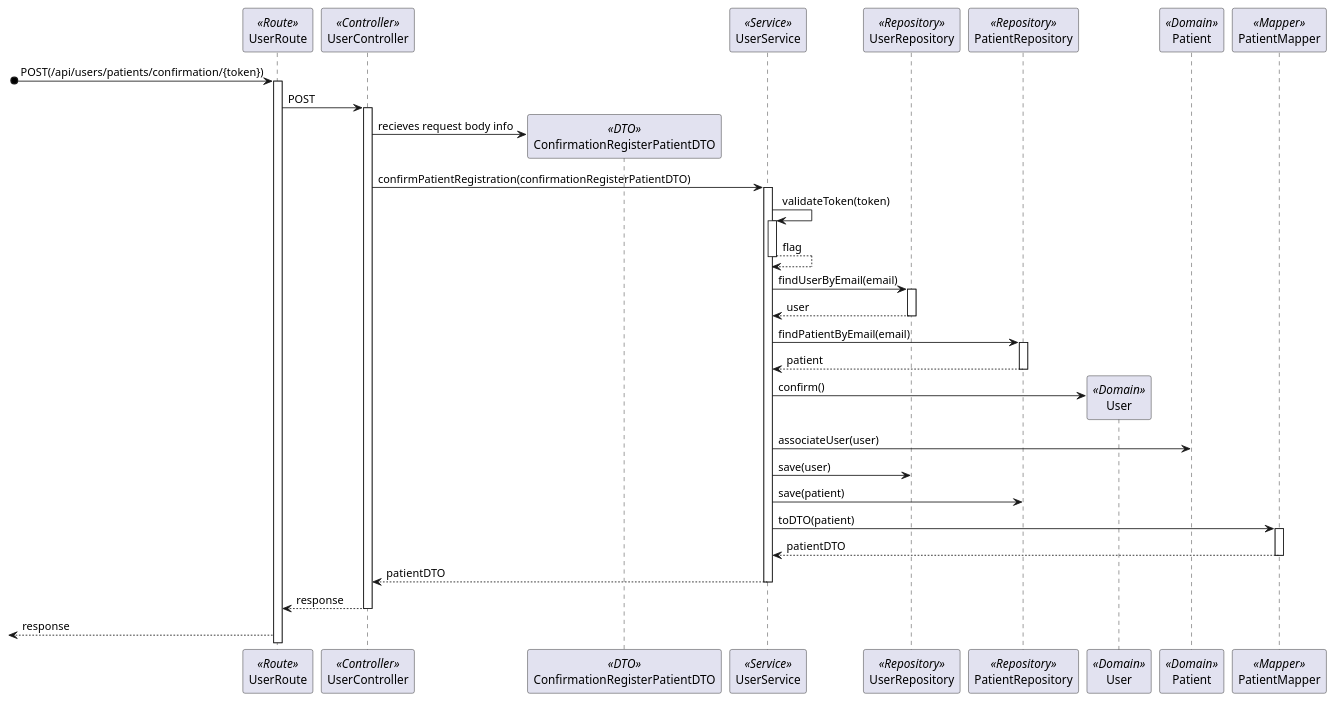
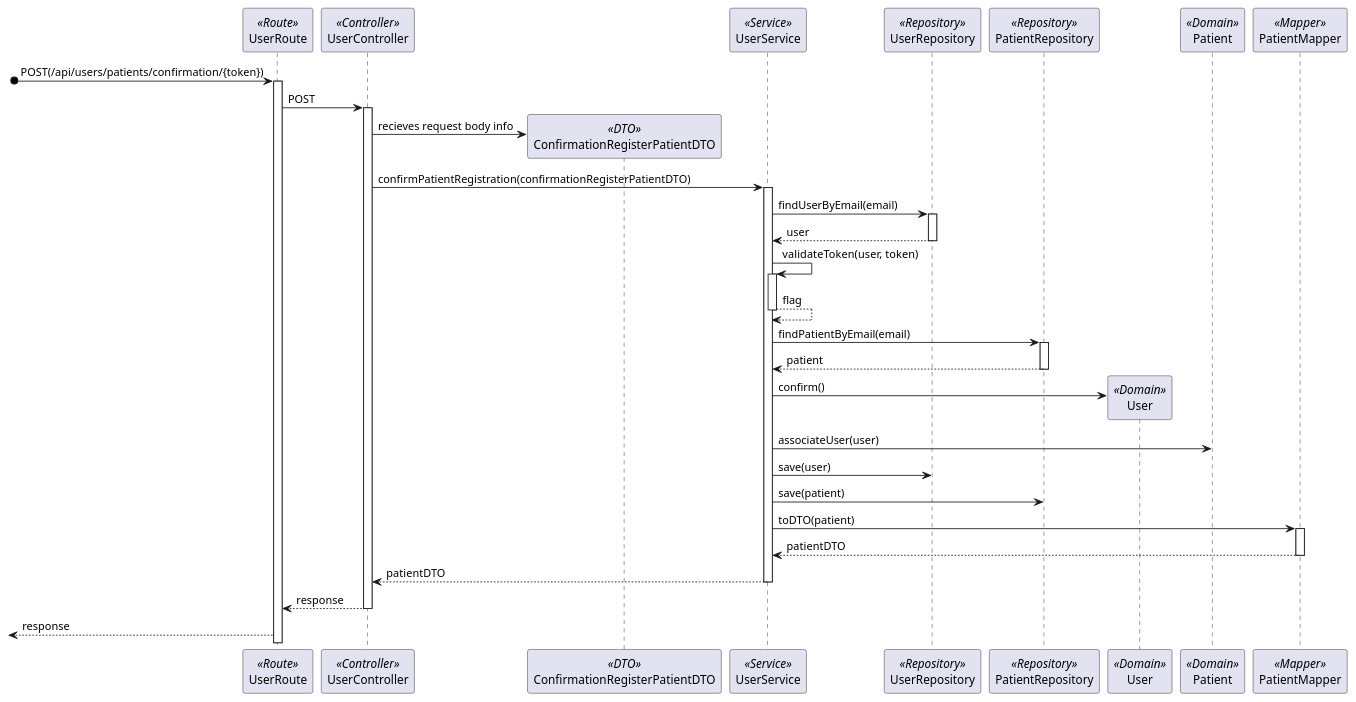
One commit to Rodrick0209/ISEP-SEM5PI-24-25 changed the diagram in docs/Sprint_1/US_5.1.3/L3/Process_View_Posterior_Confirmation.puml. Above: the diagram before and after it, drawn with PlantUML. The commit also changed 3 other files, not shown here.

Commit message:
US 5.1.3 Design (Fixed Level 3 Process View Diagrams) #4

```diff
--- a/docs/Sprint_1/US_5.1.3/L3/Process_View_Posterior_Confirmation.puml
+++ b/docs/Sprint_1/US_5.1.3/L3/Process_View_Posterior_Confirmation.puml
@@ -2,39 +2,39 @@
 @startuml Process_View_Posterior_Confirmation
 participant UserRoute as Route <<Route>>
 participant UserController as Controller <<Controller>>
 participant ConfirmationRegisterPatientDTO as ConfirmationDTO <<DTO>>
 participant UserService as Service <<Service>>
 participant UserRepository as Repository <<Repository>>
 participant PatientRepository as PatientRepository <<Repository>> 
 participant User as Domain <<Domain>>
 participant Patient as Patient <<Domain>>
 participant PatientMapper as Mapper <<Mapper>>
 [o-> Route : POST(/api/users/patients/confirmation/{token})
 activate Route
 Route -> Controller : POST
 activate Controller
 Controller -> ConfirmationDTO** : recieves request body info
 Controller -> Service : confirmPatientRegistration(confirmationRegisterPatientDTO)
 activate Service
-Service -> Service : validateToken(token)
+Service -> Repository : findUserByEmail(email)
+activate Repository
+return user
+Service -> Service : validateToken(user, token)
 activate Service
 return flag
-Service -> Repository : findUserByEmail(email)
-activate Repository
-return user 
 Service -> PatientRepository : findPatientByEmail(email)
 activate PatientRepository
 return patient
 Service -> Domain** : confirm()
 Service -> Patient : associateUser(user)
 Service -> Repository : save(user)
 Service -> PatientRepository : save(patient)
 Service -> Mapper : toDTO(patient)
 activate Mapper
 return patientDTO
 Service --> Controller : patientDTO
 deactivate Service
 Controller --> Route : response
 deactivate Controller
 <-- Route : response
 @enduml
```
